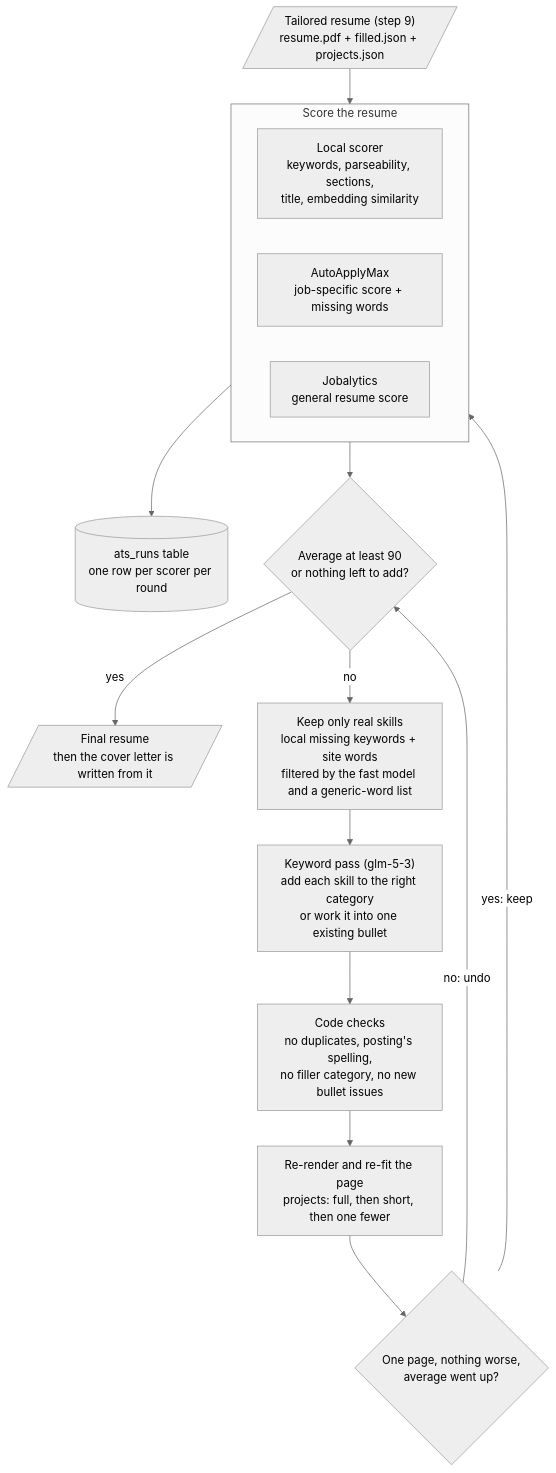
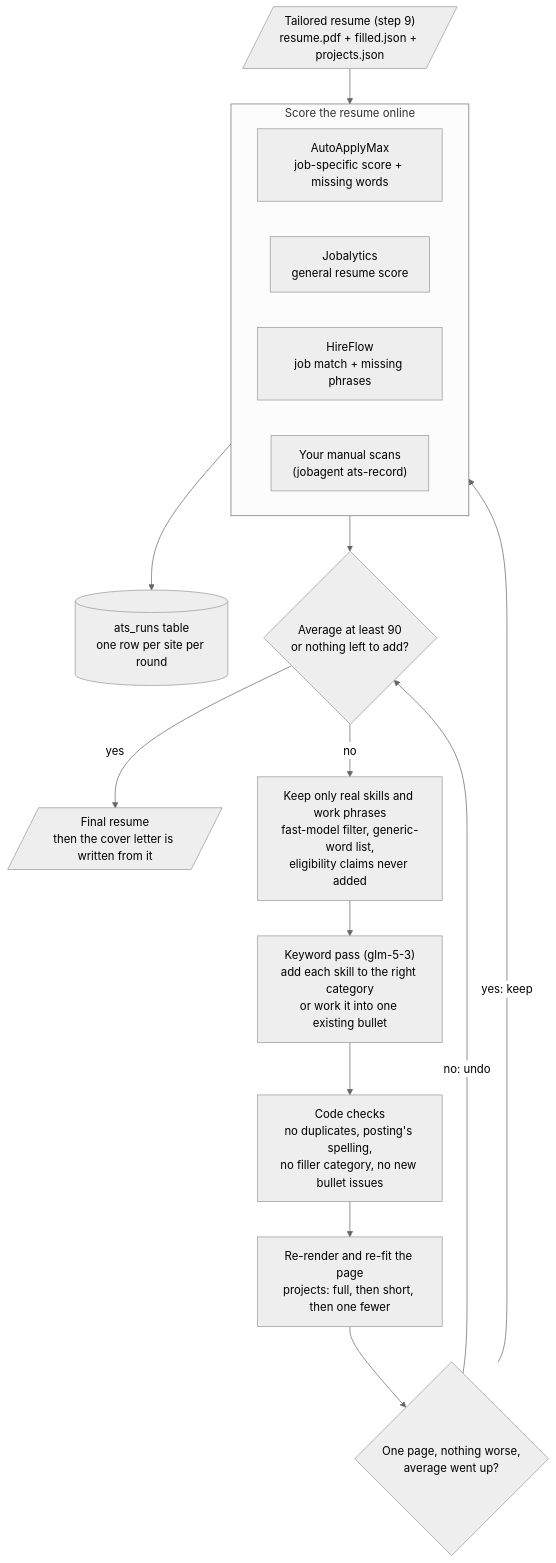
One commit to BhavyaShah1234/JobApplicationAgent changed the diagram in docs/steps/10-ats.md. Above: the diagram before and after it, drawn with Mermaid (neutral theme). The commit also changed other lines of this file, not shown here.

Commit message:
docs: step 10 diagram and notes for online-only scoring

````diff
--- a/docs/steps/10-ats.md
+++ b/docs/steps/10-ats.md
@@ -34,20 +34,21 @@
 ```mermaid
 flowchart TD
     IN[/"Tailored resume (step 9)<br/>resume.pdf + filled.json + projects.json"/] --> SC
-    subgraph SC["Score the resume"]
-        L["Local scorer<br/>keywords, parseability, sections,<br/>title, embedding similarity"]
+    subgraph SC["Score the resume online"]
         A["AutoApplyMax<br/>job-specific score + missing words"]
         J["Jobalytics<br/>general resume score"]
+        H["HireFlow<br/>job match + missing phrases"]
+        M["Your manual scans<br/>(jobagent ats-record)"]
     end
-    SC --> REC[("ats_runs table<br/>one row per scorer per round")]
+    SC --> REC[("ats_runs table<br/>one row per site per round")]
     SC --> AVG{"Average at least 90<br/>or nothing left to add?"}
     AVG -- "yes" --> OUT
-    AVG -- "no" --> F["Keep only real skills<br/>local missing keywords + site words<br/>filtered by the fast model and a generic-word list"]
+    AVG -- "no" --> F["Keep only real skills and work phrases<br/>fast-model filter, generic-word list,<br/>eligibility claims never added"]
     F --> KP["Keyword pass (glm-5-3)<br/>add each skill to the right category<br/>or work it into one existing bullet"]
     KP --> CHK["Code checks<br/>no duplicates, posting's spelling,<br/>no filler category, no new bullet issues"]
     CHK --> FIT["Re-render and re-fit the page<br/>projects: full, then short, then one fewer"]
     FIT --> OK{"One page, nothing worse,<br/>average went up?"}
     OK -- "yes: keep" --> SC
     OK -- "no: undo" --> AVG
     OUT[/"Final resume<br/>then the cover letter is written from it"/]
 ```
````
